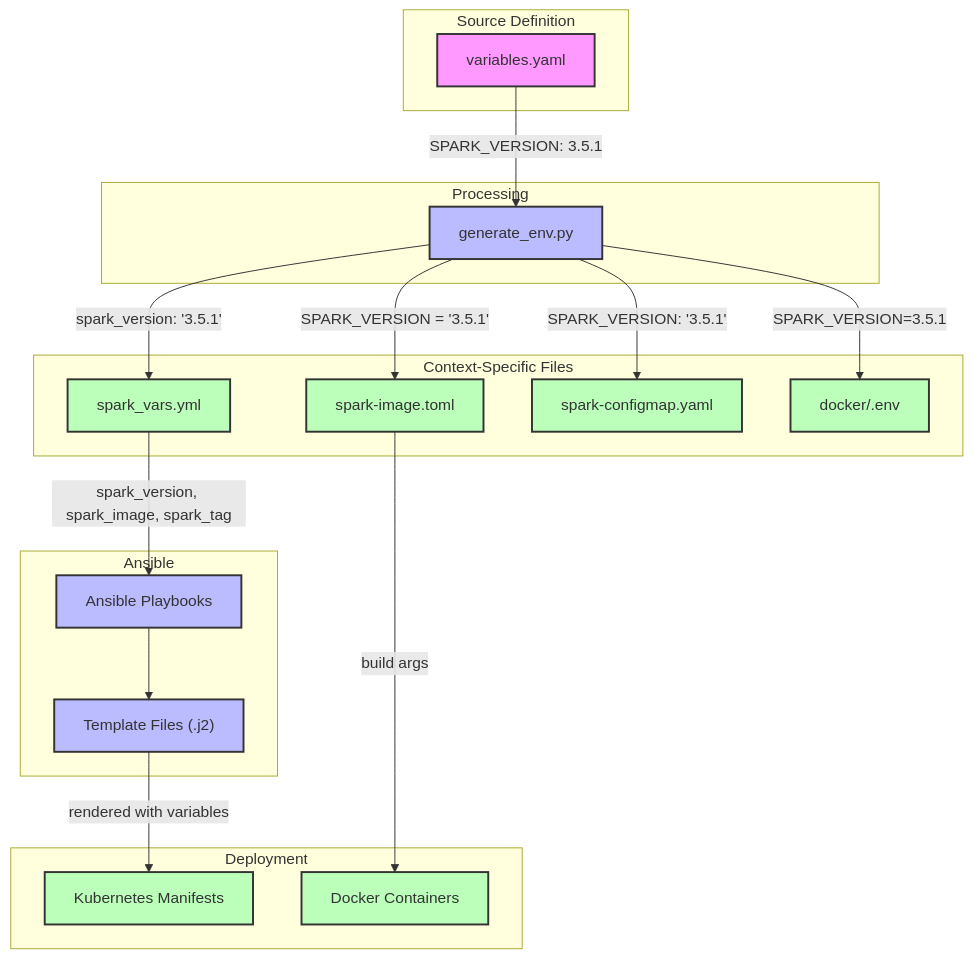
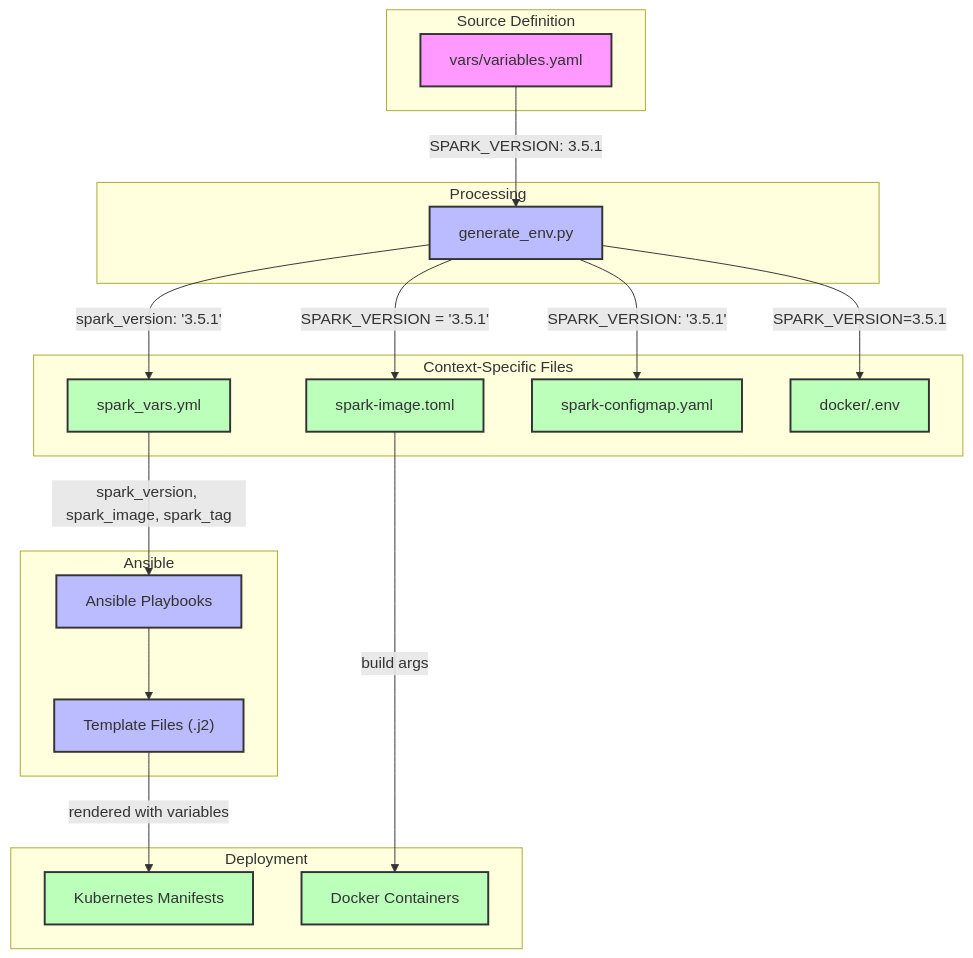
Before and after one commit to gxbrooks/spark-observability: the diagram in docs/Variable_Flow_Diagram.md, drawn with Mermaid. The commit also changed 63 other files, not shown here.

````diff
--- a/docs/Variable_Flow_Diagram.md
+++ b/docs/Variable_Flow_Diagram.md
@@ -1,49 +1,49 @@
 ```mermaid
 flowchart TD
     subgraph "Source Definition"
-        variables["variables.yaml"]
+        variables["vars/variables.yaml"]
     end
 
     subgraph "Processing"
         generate_env["generate_env.py"]
     end
 
     subgraph "Context-Specific Files"
         spark_image["spark-image.toml"]
         spark_vars["spark_vars.yml"]
         spark_configmap["spark-configmap.yaml"]
         docker_env["docker/.env"]
     end
 
     subgraph "Ansible"
         playbooks["Ansible Playbooks"]
         templates["Template Files (.j2)"]
     end
 
     subgraph "Deployment"
         k8s_manifest["Kubernetes Manifests"]
         docker_container["Docker Containers"]
     end
 
     variables -->|"SPARK_VERSION: 3.5.1"| generate_env
     
     generate_env -->|"SPARK_VERSION = '3.5.1'"| spark_image
     generate_env -->|"spark_version: '3.5.1'"| spark_vars
     generate_env -->|"SPARK_VERSION: '3.5.1'"| spark_configmap
     generate_env -->|"SPARK_VERSION=3.5.1"| docker_env
     
     spark_vars -->|"spark_version, spark_image, spark_tag"| playbooks
     
     playbooks --> templates
     templates -->|"rendered with variables"| k8s_manifest
     
     spark_image -->|"build args"| docker_container
     
     classDef source fill:#f9f,stroke:#333,stroke-width:2px;
     classDef processor fill:#bbf,stroke:#333,stroke-width:2px;
     classDef output fill:#bfb,stroke:#333,stroke-width:2px;
     
     class variables source;
     class generate_env,playbooks,templates processor;
     class spark_image,spark_vars,spark_configmap,docker_env,k8s_manifest,docker_container output;
 ```
````
